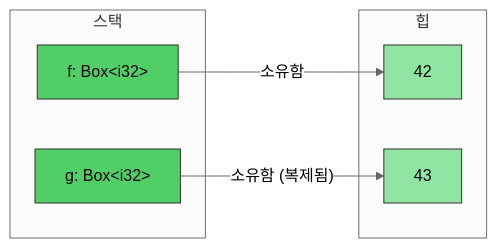
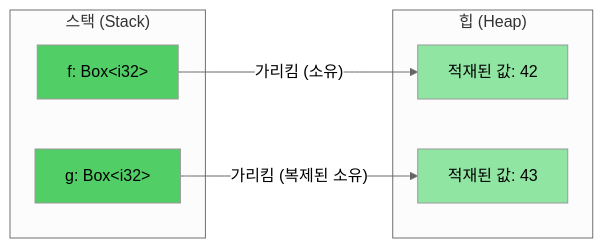
Before and after one commit to partrita/RustTraining: the diagram in c-cpp-book/src/ch07-2-smart-pointers-and-interior-mutability.md, drawn with Mermaid (neutral theme). The commit also changed other lines of this file and 157 other files, not shown here.

````diff
--- a/c-cpp-book/src/ch07-2-smart-pointers-and-interior-mutability.md
+++ b/c-cpp-book/src/ch07-2-smart-pointers-and-interior-mutability.md
@@ -25,20 +34,20 @@
 ```mermaid
 graph LR
-    subgraph "스택"
+    subgraph "스택 (Stack)"
         F["f: Box&lt;i32&gt;"]
         G["g: Box&lt;i32&gt;"]
     end
 
-    subgraph "힙"
-        HF["42"]
-        HG["43"]
+    subgraph "힙 (Heap)"
+        HF["적재된 값: 42"]
+        HG["적재된 값: 43"]
     end
 
-    F -->|"소유함"| HF
-    G -->|"소유함 (복제됨)"| HG
+    F -->|"가리킴 (소유)"| HF
+    G -->|"가리킴 (복제된 소유)"| HG
 
-    style F fill:#51cf66,color:#000,stroke:#333
-    style G fill:#51cf66,color:#000,stroke:#333
-    style HF fill:#91e5a3,color:#000,stroke:#333
-    style HG fill:#91e5a3,color:#000,stroke:#333
+    style F fill:#51cf66,color:#000
+    style G fill:#51cf66,color:#000
+    style HF fill:#91e5a3,color:#000
+    style HG fill:#91e5a3,color:#000
 ```
````
